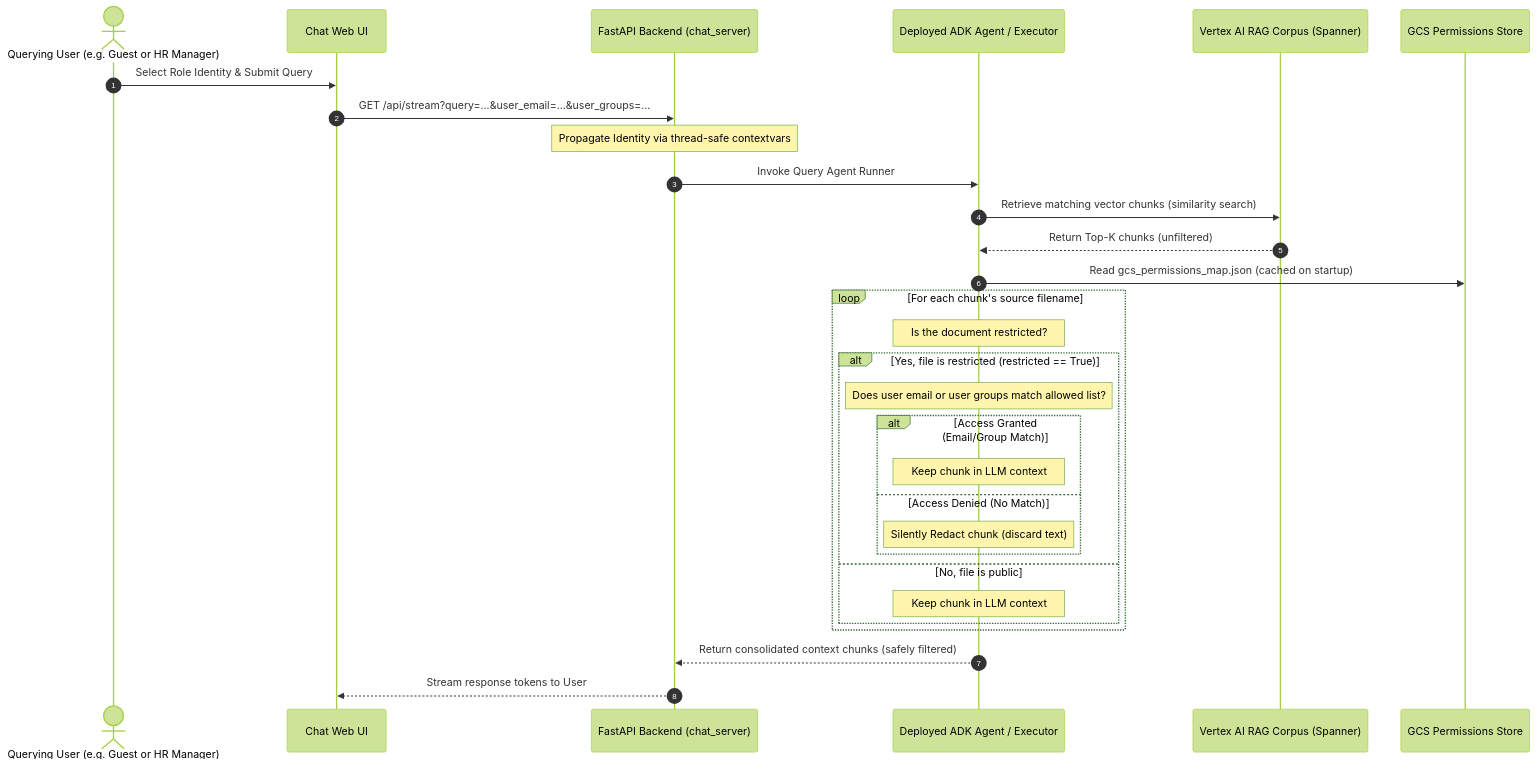
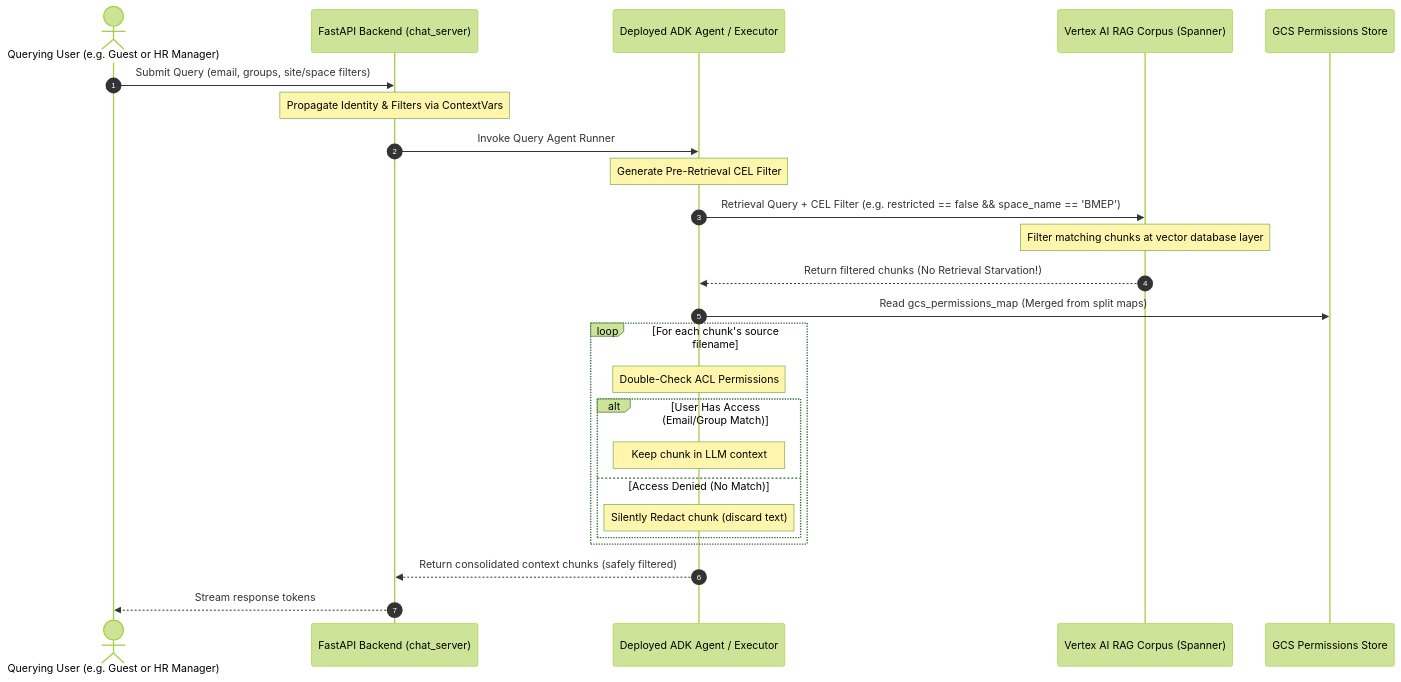
The second of 2 diagrams in ingestion_flow.md (HemanthNeehar/rag_agent), drawn with Mermaid (forest theme) before and after one commit. The commit also changed other lines of this file and 6 other files, not shown here.

First line of the commit message:
Add space/site metadata & CEL filtering

````diff
--- a/ingestion_flow.md
+++ b/ingestion_flow.md
@@ -129,35 +136,30 @@
 ```mermaid
 sequenceDiagram
     autonumber
     actor User as Querying User (e.g. Guest or HR Manager)
-    participant UI as Chat Web UI
     participant Backend as FastAPI Backend (chat_server)
     participant ADK as Deployed ADK Agent / Executor
     participant RAG as Vertex AI RAG Corpus (Spanner)
     participant Storage as GCS Permissions Store
 
-    User->>UI: Select Role Identity & Submit Query
-    UI->>Backend: GET /api/stream?query=...&user_email=...&user_groups=...
-    Note over Backend: Propagate Identity via thread-safe contextvars
+    User->>Backend: Submit Query (email, groups, site/space filters)
+    Note over Backend: Propagate Identity & Filters via ContextVars
     Backend->>ADK: Invoke Query Agent Runner
-    ADK->>RAG: Retrieve matching vector chunks (similarity search)
-    RAG-->>ADK: Return Top-K chunks (unfiltered)
-    ADK->>Storage: Read gcs_permissions_map.json (cached on startup)
+    Note over ADK: Generate Pre-Retrieval CEL Filter
+    ADK->>RAG: Retrieval Query + CEL Filter (e.g. restricted == false && space_name == 'BMEP')
+    Note over RAG: Filter matching chunks at vector database layer
+    RAG-->>ADK: Return filtered chunks (No Retrieval Starvation!)
+    ADK->>Storage: Read gcs_permissions_map (Merged from split maps)
     
     loop For each chunk's source filename
-        Note over ADK: Is the document restricted?
-        alt Yes, file is restricted (restricted == True)
-            Note over ADK: Does user email or user groups match allowed list?
-            alt Access Granted (Email/Group Match)
-                Note over ADK: Keep chunk in LLM context
-            else Access Denied (No Match)
-                Note over ADK: Silently Redact chunk (discard text)
-            end
-        else No, file is public
+        Note over ADK: Double-Check ACL Permissions
+        alt User Has Access (Email/Group Match)
             Note over ADK: Keep chunk in LLM context
+        else Access Denied (No Match)
+            Note over ADK: Silently Redact chunk (discard text)
         end
     end
     
     ADK-->>Backend: Return consolidated context chunks (safely filtered)
-    Backend-->>UI: Stream response tokens to User
+    Backend-->>User: Stream response tokens
 ```
````
